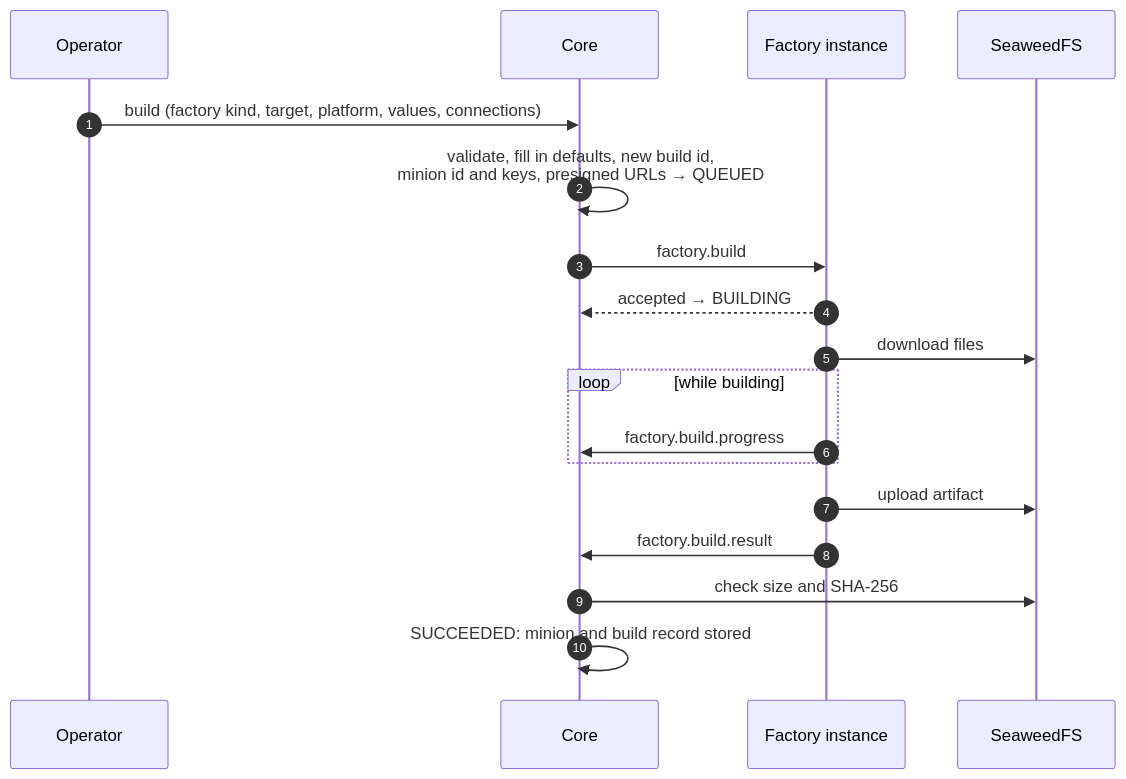
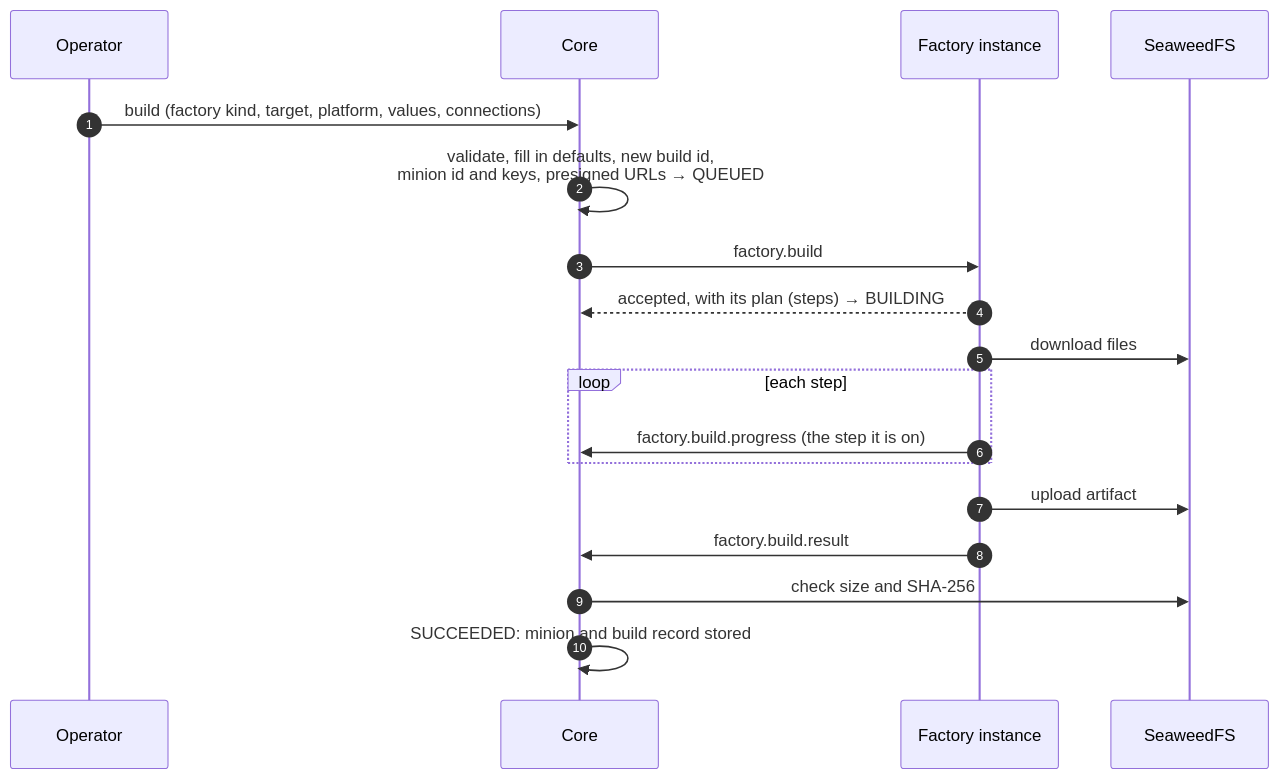
The second of 2 diagrams in src/content/docs/contracts/minion-build.md (LogosCore/logos-docs), drawn with Mermaid before and after one commit. The commit also changed other lines of this file, not shown here.

First line of the commit message:
Minion Build: build plans and the pipeline

````diff
--- a/src/content/docs/contracts/minion-build.md
+++ b/src/content/docs/contracts/minion-build.md
@@ -213,20 +213,20 @@
 ```mermaid
 sequenceDiagram
     autonumber
     participant OP as Operator
     participant CORE as Core
     participant F as Factory instance
     participant S3 as SeaweedFS
     OP->>CORE: build (factory kind, target, platform, values, connections)
     CORE->>CORE: validate, fill in defaults, new build id,<br/>minion id and keys, presigned URLs → QUEUED
     CORE->>F: factory.build
-    F-->>CORE: accepted → BUILDING
+    F-->>CORE: accepted, with its plan (steps) → BUILDING
     F->>S3: download files
-    loop while building
-        F->>CORE: factory.build.progress
+    loop each step
+        F->>CORE: factory.build.progress (the step it is on)
     end
     F->>S3: upload artifact
     F->>CORE: factory.build.result
     CORE->>S3: check size and SHA-256
     CORE->>CORE: SUCCEEDED: minion and build record stored
 ```
````
